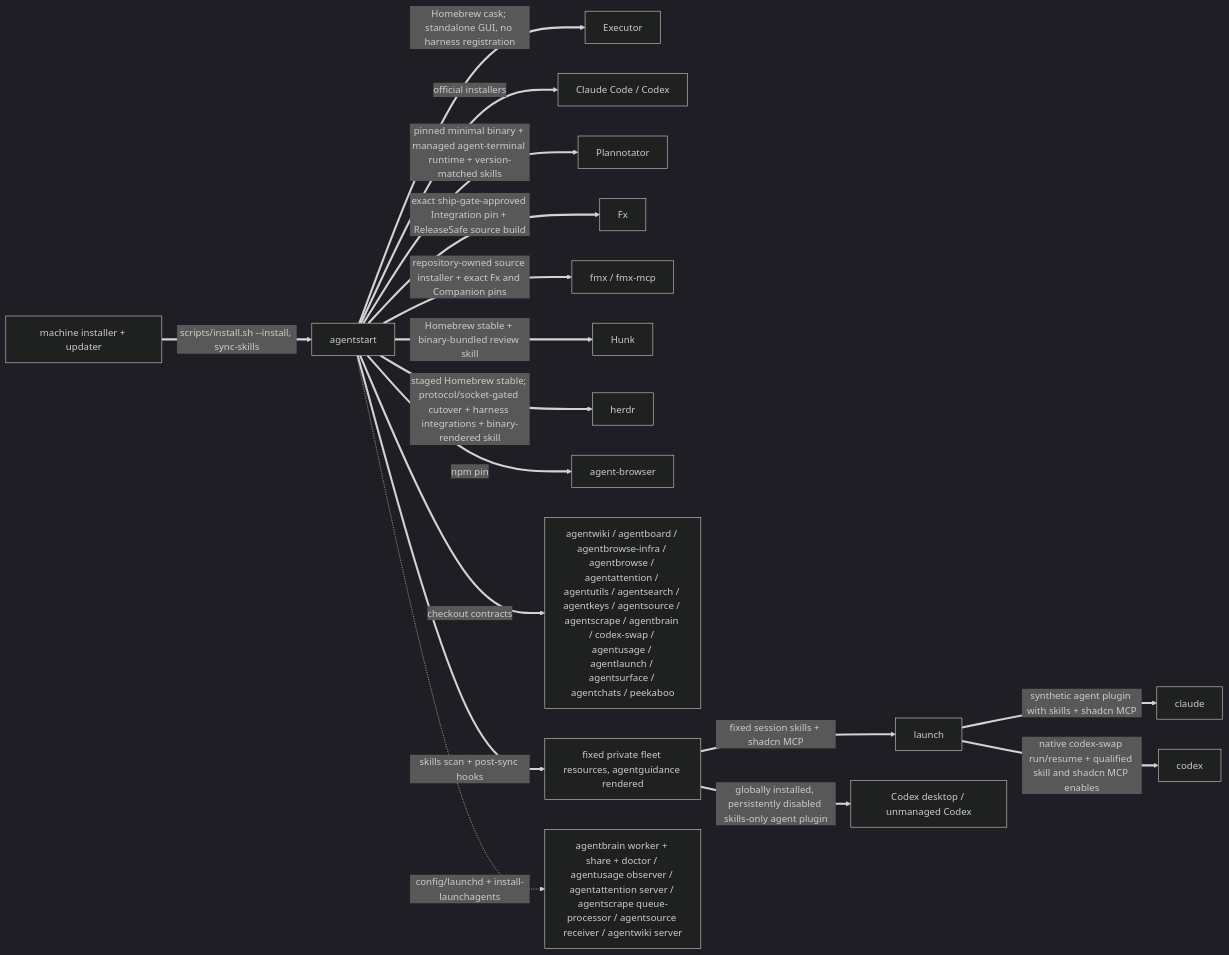
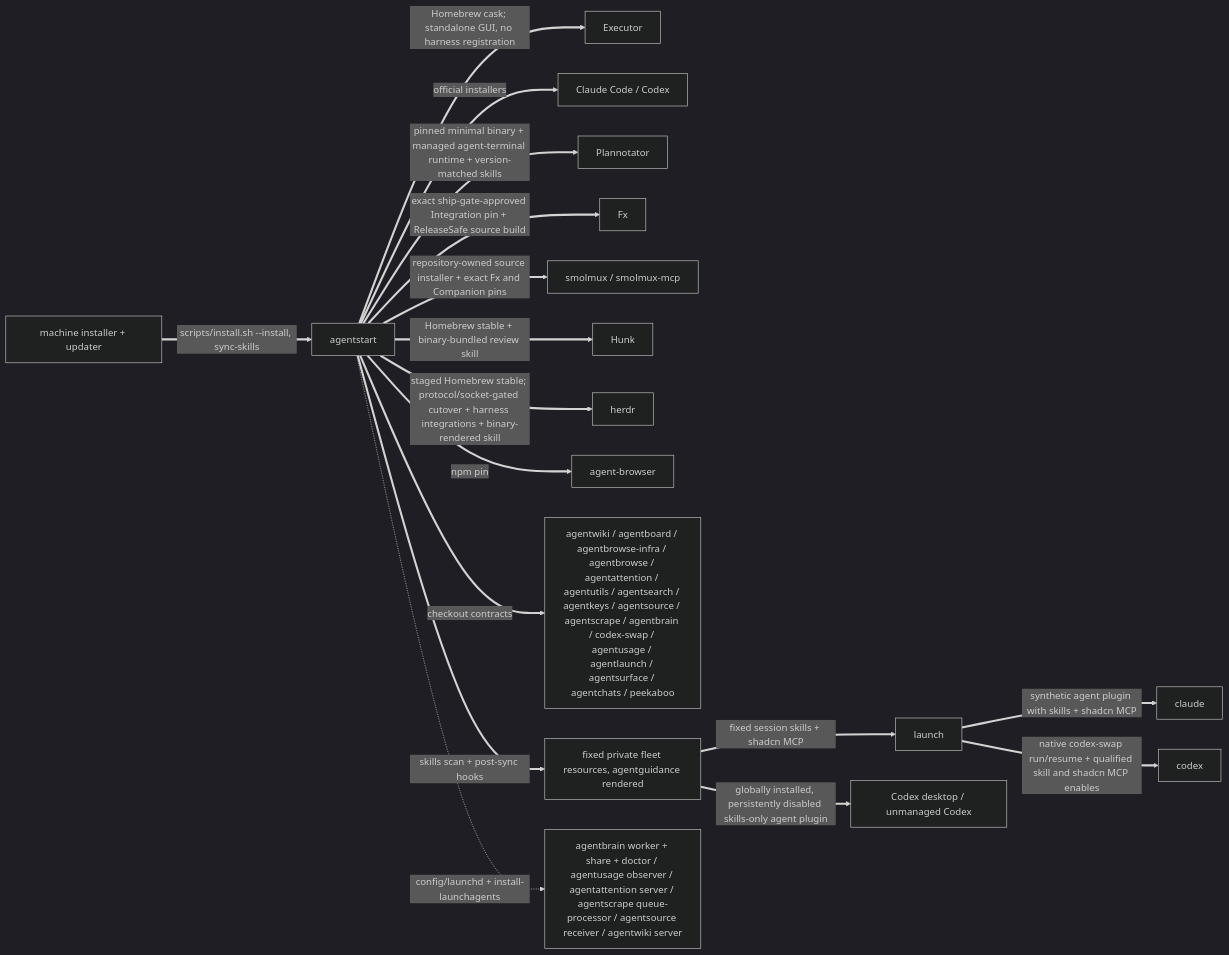
The second of 3 diagrams in skills/fleet/MAP.md (possibilities/agentstart), drawn with Mermaid (dark theme) before and after one commit. The commit also changed other lines of this file and 9 other files, not shown here.

First line of the commit message:
Follow fmx's rename to smolmux

````diff
--- a/skills/fleet/MAP.md
+++ b/skills/fleet/MAP.md
@@ -90,22 +90,22 @@
 ```mermaid
 flowchart LR
     machine[machine installer + updater]
     start[agentstart]
 
     machine ==>|scripts/install.sh --install, sync-skills| start
     start ==>|Homebrew cask; standalone GUI, no harness registration| executor[Executor]
     start ==>|official installers| harnesses[Claude Code / Codex]
     start ==>|pinned minimal binary + managed agent-terminal runtime + version-matched skills| plannotator[Plannotator]
     start ==>|exact ship-gate-approved Integration pin + ReleaseSafe source build| fx[Fx]
-    start ==>|repository-owned source installer + exact Fx and Companion pins| fmxInstall[fmx / fmx-mcp]
+    start ==>|repository-owned source installer + exact Fx and Companion pins| smolmuxInstall[smolmux / smolmux-mcp]
     start ==>|Homebrew stable + binary-bundled review skill| hunk[Hunk]
     start ==>|staged Homebrew stable; protocol/socket-gated cutover + harness integrations + binary-rendered skill| herdrInstall[herdr]
     start ==>|npm pin| browser[agent-browser]
     start ==>|checkout contracts| fleet[agentwiki / agentboard / agentbrowse-infra / agentbrowse / agentattention / agentutils / agentsearch / agentkeys / agentsource / agentscrape / agentbrain / codex-swap / agentusage / agentlaunch / agentsurface / agentchats / peekaboo]
     start ==>|skills scan + post-sync hooks| skills[fixed private fleet resources, agentguidance rendered]
     skills ==>|fixed session skills + shadcn MCP| launch
     launch ==>|synthetic agent plugin with skills + shadcn MCP| claude
     launch ==>|native codex-swap run/resume + qualified skill and shadcn MCP enables| codex
     skills ==>|globally installed, persistently disabled skills-only agent plugin| codexDesktop[Codex desktop / unmanaged Codex]
     start -.->|config/launchd + install-launchagents| services[agentbrain worker + share + doctor / agentusage observer / agentattention server / agentscrape queue-processor / agentsource receiver / agentwiki server]
 ```
````
